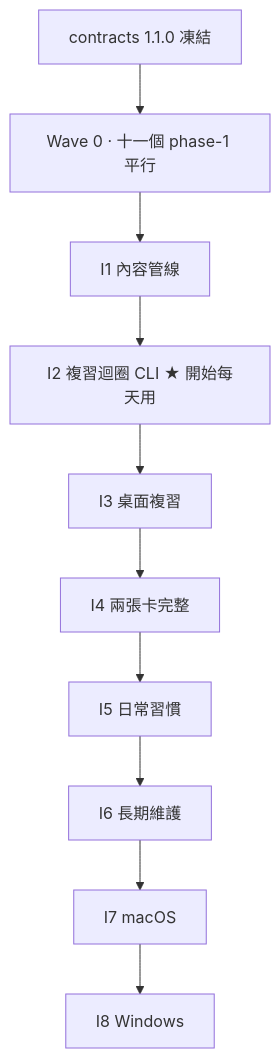
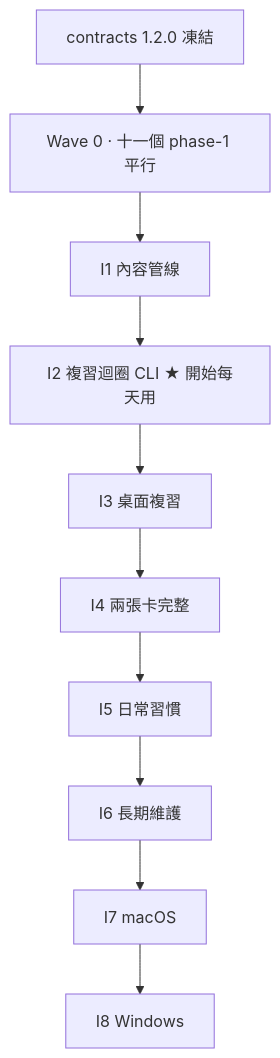
One commit to pollux0971/llm_learning-card changed the diagram in docs/01-roadmap.md. Above: the diagram before and after it, drawn with Mermaid. The commit also changed other lines of this file, not shown here.

First line of the commit message:
docs(roadmap):契約版本 1.1.0 → 1.2.0(三處);--live 煞車的 ⚠️ 旁加「驗證中,見工單 T1」

````diff
--- a/docs/01-roadmap.md
+++ b/docs/01-roadmap.md
@@ -20,12 +20,12 @@
 ```mermaid
 graph TD
-  C[contracts 1.1.0 凍結] --> W0[Wave 0 · 十一個 phase-1 平行]
+  C[contracts 1.2.0 凍結] --> W0[Wave 0 · 十一個 phase-1 平行]
   W0 --> I1[I1 內容管線]
   I1 --> I2[I2 複習迴圈 CLI ★ 開始每天用]
   I2 --> I3[I3 桌面複習]
   I3 --> I4[I4 兩張卡完整]
   I4 --> I5[I5 日常習慣]
   I5 --> I6[I6 長期維護]
   I6 --> I7[I7 macOS]
   I7 --> I8[I8 Windows]
 ```
````
